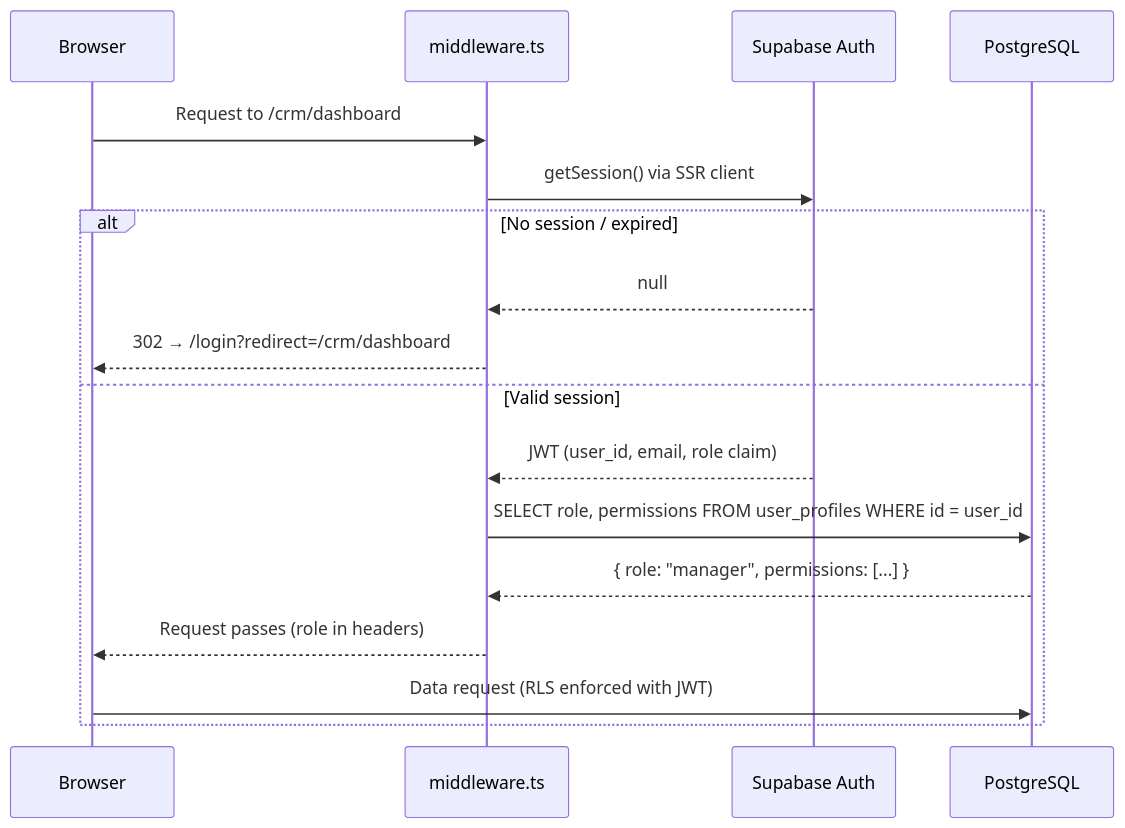
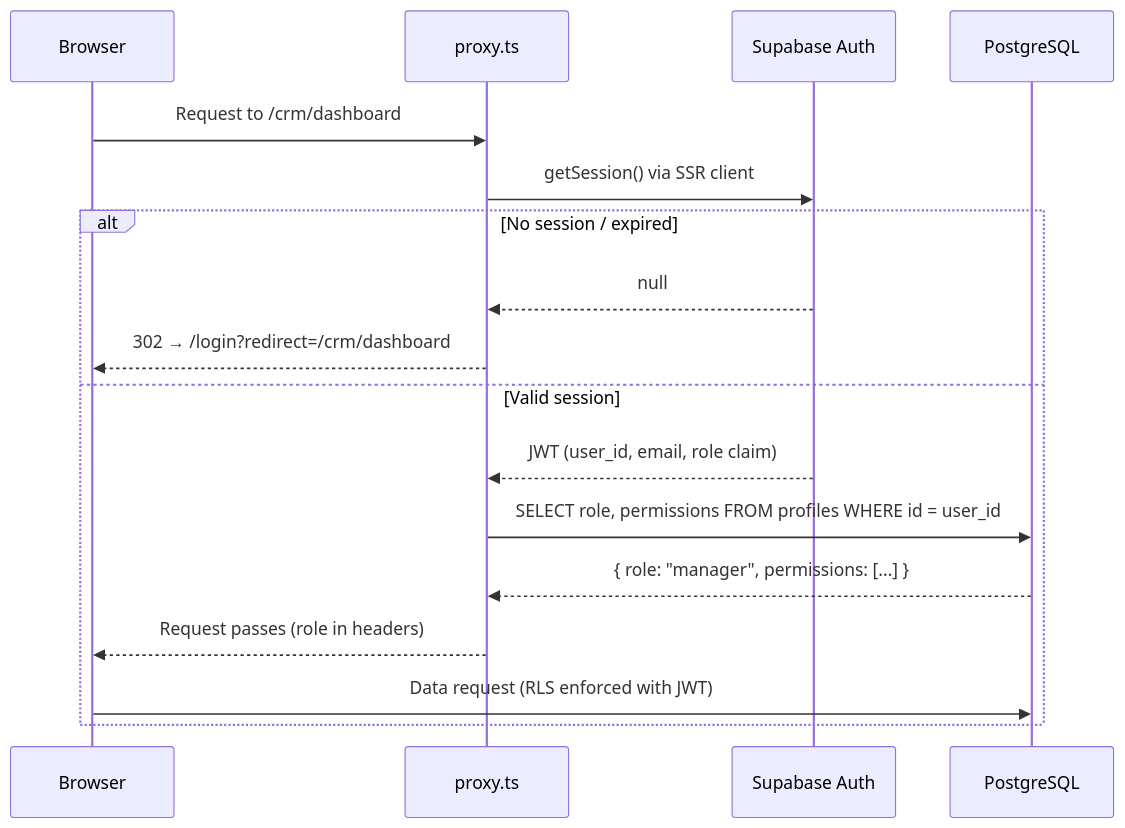
One commit to paisdanielaustin7/vows-studio changed the third of 4 diagrams in docs/03_ARCHITECTURE.md. Above: the diagram before and after it, drawn with Mermaid. The commit also changed other lines of this file and 10 other files, not shown here.

````diff
--- a/docs/03_ARCHITECTURE.md
+++ b/docs/03_ARCHITECTURE.md
@@ -112,20 +114,20 @@
 ```mermaid
 sequenceDiagram
     participant B as Browser
-    participant MW as middleware.ts
+    participant MW as proxy.ts
     participant SB as Supabase Auth
     participant DB as PostgreSQL
 
     B->>MW: Request to /crm/dashboard
     MW->>SB: getSession() via SSR client
     alt No session / expired
         SB-->>MW: null
         MW-->>B: 302 → /login?redirect=/crm/dashboard
     else Valid session
         SB-->>MW: JWT (user_id, email, role claim)
-        MW->>DB: SELECT role, permissions FROM user_profiles WHERE id = user_id
+        MW->>DB: SELECT role, permissions FROM profiles WHERE id = user_id
         DB-->>MW: { role: "manager", permissions: [...] }
         MW-->>B: Request passes (role in headers)
         B->>DB: Data request (RLS enforced with JWT)
     end
 ```
````
